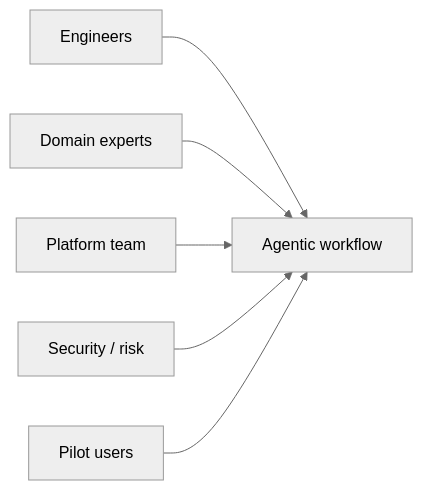
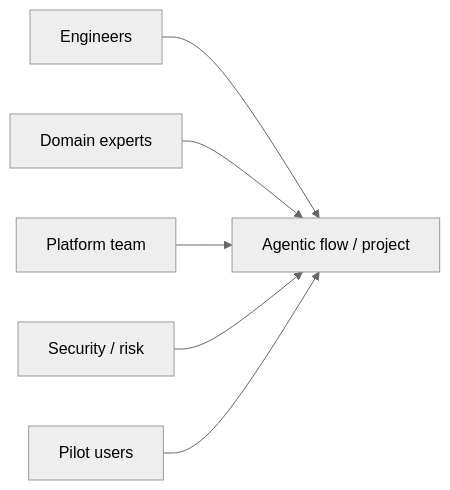
Before and after one commit to naren-allam/agents-beginners: diagram 13 of 13 in book/chapters/chapter-05-transitioning-from-traditional-engineering-to-agentic-ai.md, drawn with Mermaid (neutral theme). The commit also changed other lines of this file and 28 other files, not shown here.

````diff
--- a/book/chapters/chapter-05-transitioning-from-traditional-engineering-to-agentic-ai.md
+++ b/book/chapters/chapter-05-transitioning-from-traditional-engineering-to-agentic-ai.md
@@ -458,15 +513,15 @@
 ```mermaid
 flowchart LR
     Engineers["Engineers"]
     Domain["Domain experts"]
     Platform["Platform team"]
     Risk["Security / risk"]
     Users["Pilot users"]
-    AgentWorkflow["Agentic workflow"]
+    AgentFlow["Agentic flow / project"]
 
-    Engineers --> AgentWorkflow
-    Domain --> AgentWorkflow
-    Platform --> AgentWorkflow
-    Risk --> AgentWorkflow
-    Users --> AgentWorkflow
+    Engineers --> AgentFlow
+    Domain --> AgentFlow
+    Platform --> AgentFlow
+    Risk --> AgentFlow
+    Users --> AgentFlow
 ```
````
